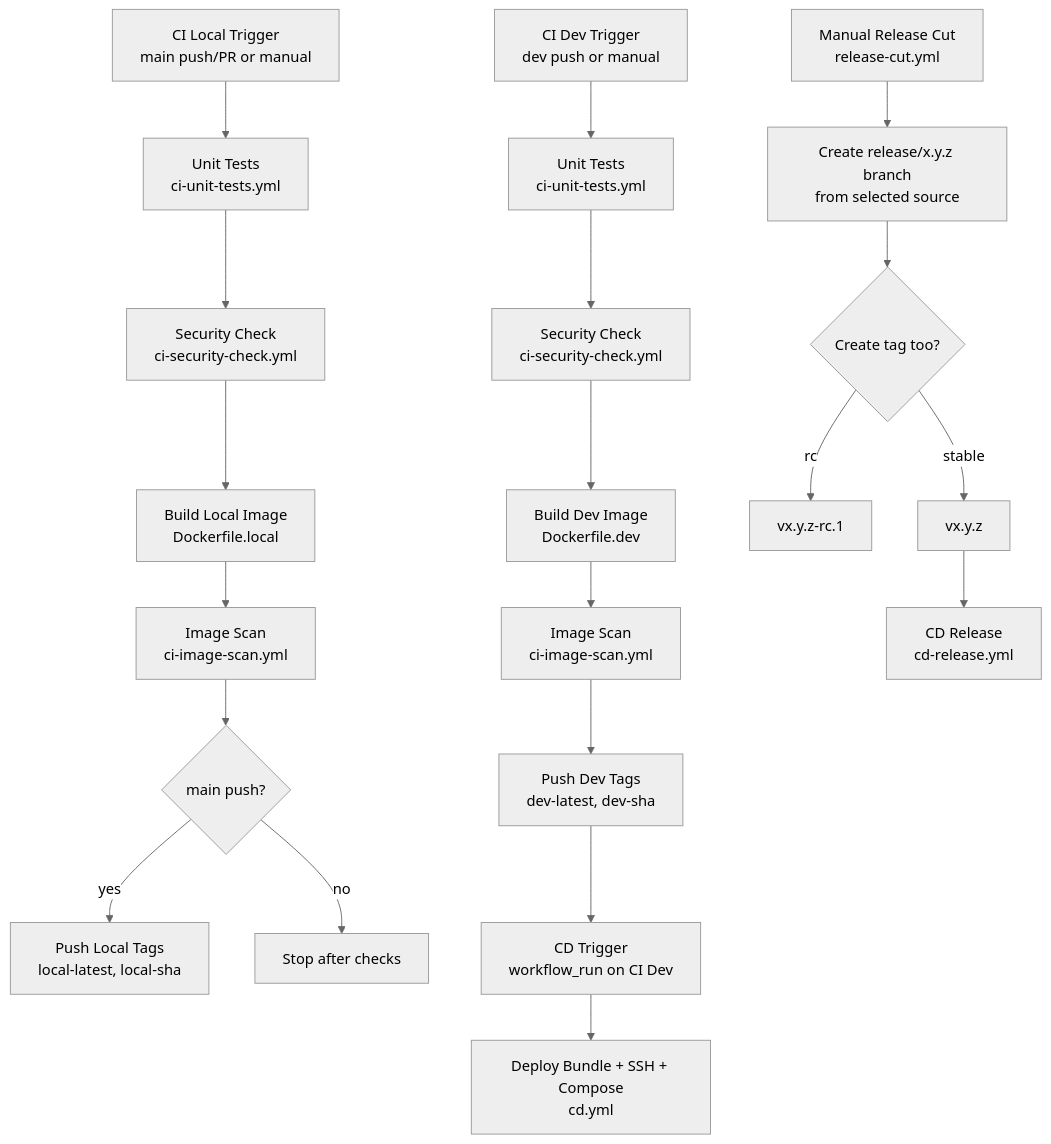
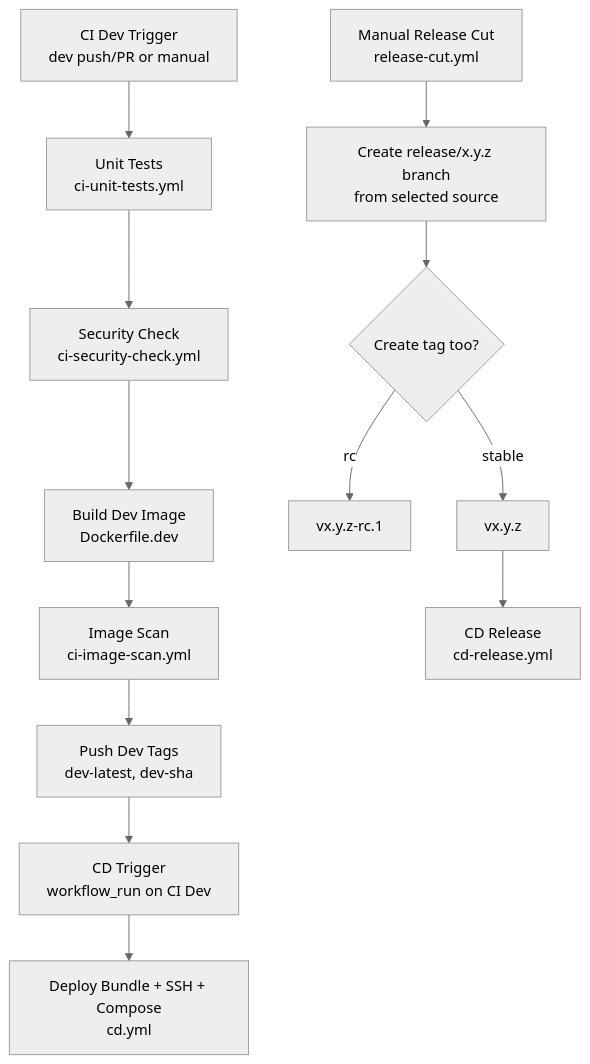
One commit to lejiend7/locker-backend changed the diagram in README.md. Above: the diagram before and after it, drawn with Mermaid (neutral theme). The commit also changed other lines of this file and 2 other files, not shown here.

Commit message:
ci: fix remove duplicate pull_request trigger to dev branch

````diff
--- a/README.md
+++ b/README.md
@@ -318,25 +317,17 @@
 ```mermaid
 flowchart TD
-  A[CI Local Trigger\nmain push/PR or manual] --> B[Unit Tests\nci-unit-tests.yml]
-  B --> C[Security Check\nci-security-check.yml]
-  C --> D[Build Local Image\nDockerfile.local]
-  D --> E[Image Scan\nci-image-scan.yml]
-  E --> F{main push?}
-  F -->|yes| G[Push Local Tags\nlocal-latest, local-sha]
-  F -->|no| H[Stop after checks]
-
-  I[CI Dev Trigger\ndev push or manual] --> J[Unit Tests\nci-unit-tests.yml]
+  I[CI Dev Trigger\ndev push/PR or manual] --> J[Unit Tests\nci-unit-tests.yml]
   J --> K[Security Check\nci-security-check.yml]
   K --> L[Build Dev Image\nDockerfile.dev]
   L --> M[Image Scan\nci-image-scan.yml]
   M --> N[Push Dev Tags\ndev-latest, dev-sha]
 
   N --> O[CD Trigger\nworkflow_run on CI Dev]
   O --> P[Deploy Bundle + SSH + Compose\ncd.yml]
 
   Q[Manual Release Cut\nrelease-cut.yml] --> R[Create release/x.y.z branch\nfrom selected source]
   R --> S{Create tag too?}
   S -->|rc| T[vx.y.z-rc.1]
   S -->|stable| U[vx.y.z]
   U --> V[CD Release\ncd-release.yml]
 ```
````
